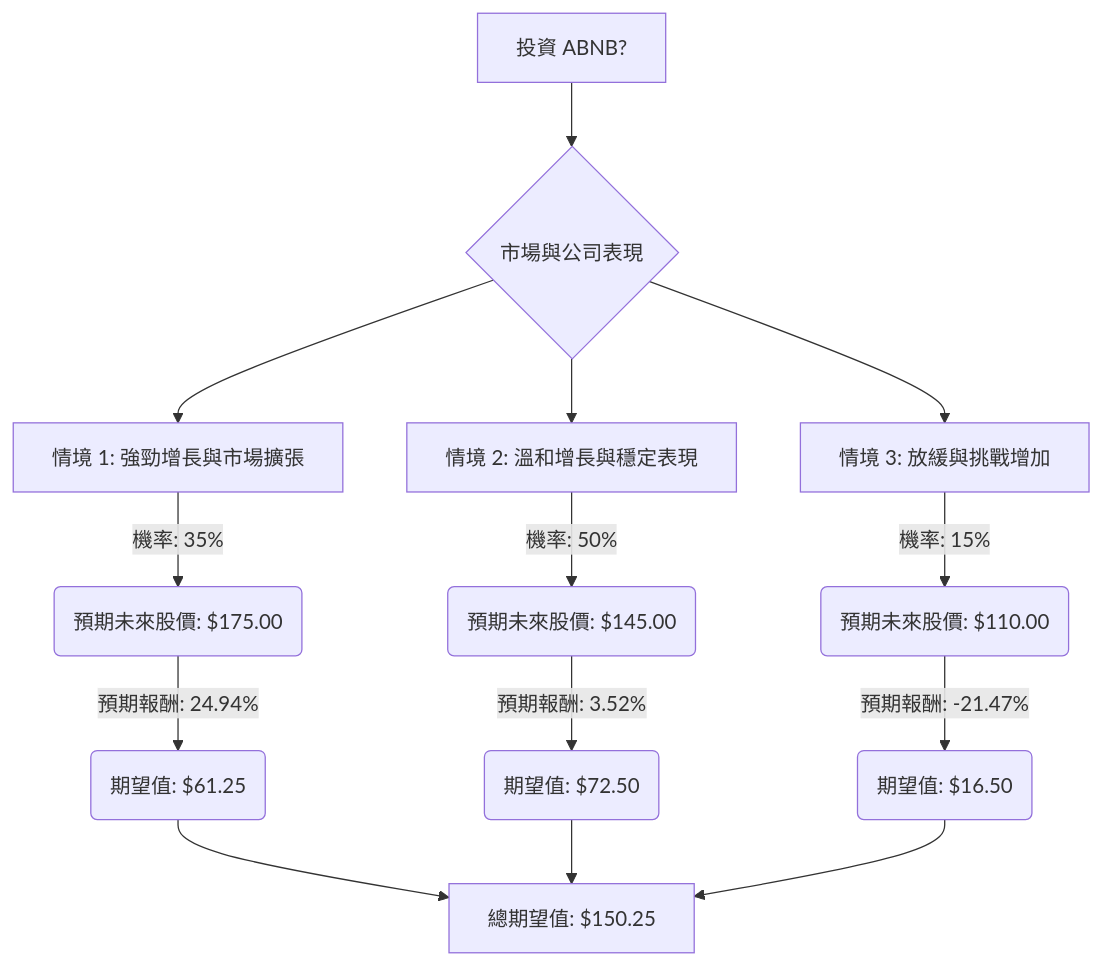
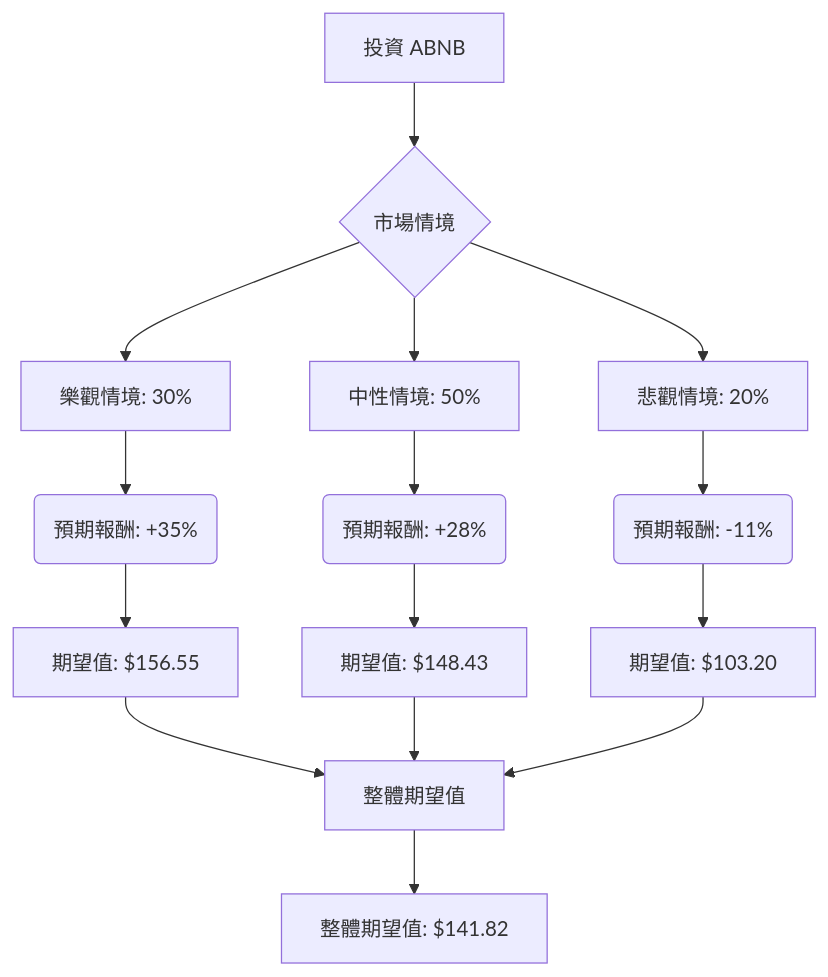
The diagram in plugin-react/ai-analysis/ev-analysis/ABNB.md (zmcx16/zmcx16.github.io), drawn with Mermaid before and after one commit. The commit also changed other lines of this file and 78 other files, not shown here.

````diff
--- a/plugin-react/ai-analysis/ev-analysis/ABNB.md
+++ b/plugin-react/ai-analysis/ev-analysis/ABNB.md
@@ -31,18 +17,21 @@
 ```mermaid
 graph TD
-    A[投資 ABNB?] --> B{市場與公司表現}
+    A[投資 ABNB] --> B{市場情境}
 
-    B --> C1[情境 1: 強勁增長與市場擴張]
-    C1 -- 機率: 35% --> C1_Outcome(預期未來股價: $175.00)
-    C1_Outcome -- 預期報酬: 24.94% --> C1_EV(期望值: $61.25)
+    B --> B1[樂觀情境: 30%]
+    B1 --> B1_EV(預期報酬: +35%)
+    B1_EV --> B1_Result[期望值: $156.55]
 
-    B --> C2[情境 2: 溫和增長與穩定表現]
-    C2 -- 機率: 50% --> C2_Outcome(預期未來股價: $145.00)
-    C2_Outcome -- 預期報酬: 3.52% --> C2_EV(期望值: $72.50)
+    B --> B2[中性情境: 50%]
+    B2 --> B2_EV(預期報酬: +28%)
+    B2_EV --> B2_Result[期望值: $148.43]
 
-    B --> C3[情境 3: 放緩與挑戰增加]
-    C3 -- 機率: 15% --> C3_Outcome(預期未來股價: $110.00)
-    C3_Outcome -- 預期報酬: -21.47% --> C3_EV(期望值: $16.50)
+    B --> B3[悲觀情境: 20%]
+    B3 --> B3_EV(預期報酬: -11%)
+    B3_EV --> B3_Result[期望值: $103.20]
 
-    C1_EV & C2_EV & C3_EV --> D[總期望值: $150.25]
+    B1_Result --> C[整體期望值]
+    B2_Result --> C
+    B3_Result --> C
+    C --> D[整體期望值: $141.82]
 ```
````
